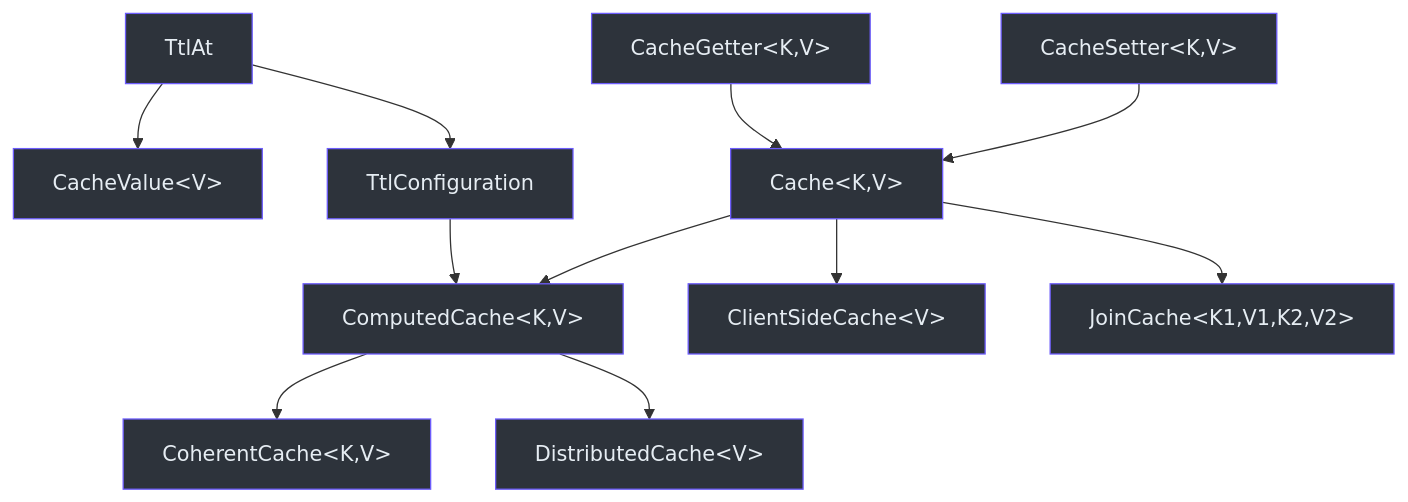
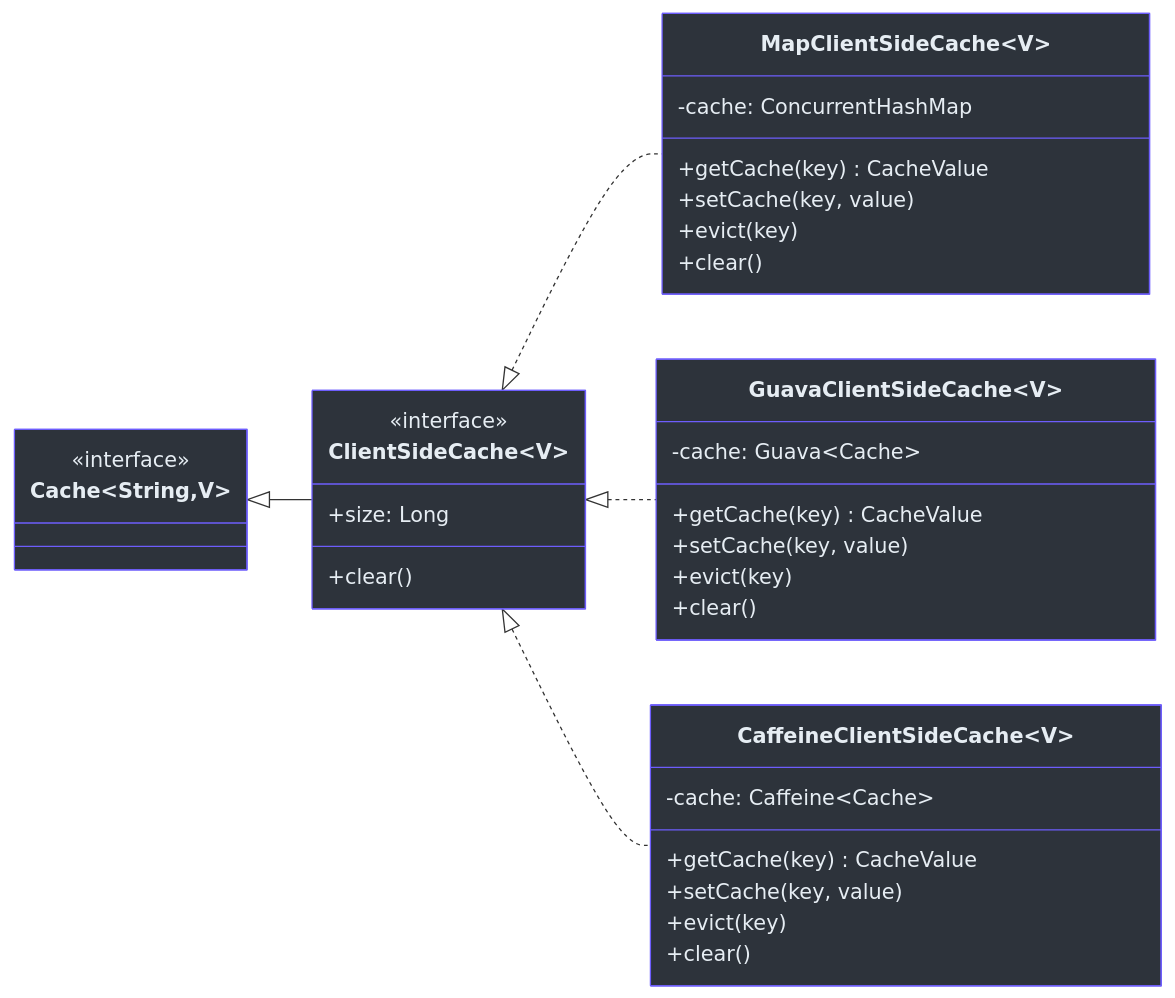
One commit to Ahoo-Wang/CoCache changed the third of 4 diagrams in wiki/zh/api/core-interfaces.md. Above: the diagram before and after it, drawn with Mermaid. The commit also changed other lines of this file and 25 other files, not shown here.

````diff
--- a/wiki/zh/api/core-interfaces.md
+++ b/wiki/zh/api/core-interfaces.md
@@ -12,25 +368,45 @@
 ```mermaid
-graph TB
-    CacheGetter["CacheGetter&lt;K,V&gt;"] --> Cache["Cache&lt;K,V&gt;"]
-    CacheSetter["CacheSetter&lt;K,V&gt;"] --> Cache
-    Cache --> ComputedCache["ComputedCache&lt;K,V&gt;"]
-    ComputedCache --> CoherentCache["CoherentCache&lt;K,V&gt;"]
-    ComputedCache --> DistributedCache["DistributedCache&lt;V&gt;"]
-    Cache --> ClientSideCache["ClientSideCache&lt;V&gt;"]
-    Cache --> JoinCache["JoinCache&lt;K1,V1,K2,V2&gt;"]
-    TtlAt --> CacheValue["CacheValue&lt;V&gt;"]
-    TtlAt --> TtlConfiguration["TtlConfiguration"]
-    TtlConfiguration --> ComputedCache
+classDiagram
+    direction LR
 
+    class ClientSideCache~V~ {
+        <<interface>>
+        +size: Long
+        +clear()
+    }
+    class Cache~String,V~ {
+        <<interface>>
+    }
+    class MapClientSideCache~V~ {
+        -cache: ConcurrentHashMap
+        +getCache(key) CacheValue
+        +setCache(key, value)
+        +evict(key)
+        +clear()
+    }
+    class GuavaClientSideCache~V~ {
+        -cache: Guava~Cache~
+        +getCache(key) CacheValue
+        +setCache(key, value)
+        +evict(key)
+        +clear()
+    }
+    class CaffeineClientSideCache~V~ {
+        -cache: Caffeine~Cache~
+        +getCache(key) CacheValue
+        +setCache(key, value)
+        +evict(key)
+        +clear()
+    }
+
+    Cache <|-- ClientSideCache
+    ClientSideCache <|.. MapClientSideCache
+    ClientSideCache <|.. GuavaClientSideCache
+    ClientSideCache <|.. CaffeineClientSideCache
+
+    style ClientSideCache fill:#2d333b,stroke:#6d5dfc,color:#e6edf3
     style Cache fill:#2d333b,stroke:#6d5dfc,color:#e6edf3
-    style CacheGetter fill:#2d333b,stroke:#6d5dfc,color:#e6edf3
-    style CacheSetter fill:#2d333b,stroke:#6d5dfc,color:#e6edf3
-    style ComputedCache fill:#2d333b,stroke:#6d5dfc,color:#e6edf3
-    style CoherentCache fill:#2d333b,stroke:#6d5dfc,color:#e6edf3
-    style DistributedCache fill:#2d333b,stroke:#6d5dfc,color:#e6edf3
-    style ClientSideCache fill:#2d333b,stroke:#6d5dfc,color:#e6edf3
-    style JoinCache fill:#2d333b,stroke:#6d5dfc,color:#e6edf3
-    style TtlAt fill:#2d333b,stroke:#6d5dfc,color:#e6edf3
-    style CacheValue fill:#2d333b,stroke:#6d5dfc,color:#e6edf3
-    style TtlConfiguration fill:#2d333b,stroke:#6d5dfc,color:#e6edf3
+    style MapClientSideCache fill:#2d333b,stroke:#6d5dfc,color:#e6edf3
+    style GuavaClientSideCache fill:#2d333b,stroke:#6d5dfc,color:#e6edf3
+    style CaffeineClientSideCache fill:#2d333b,stroke:#6d5dfc,color:#e6edf3
 ```
````
